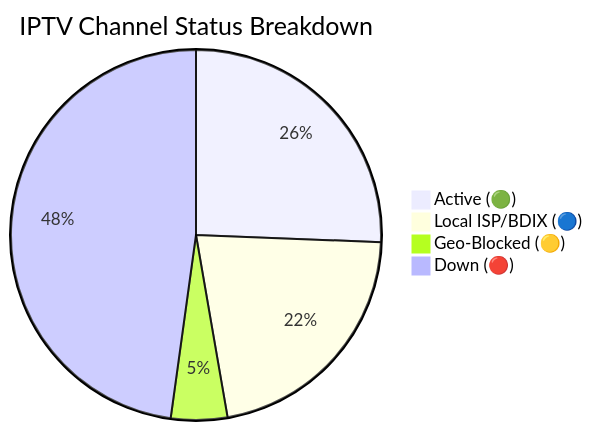
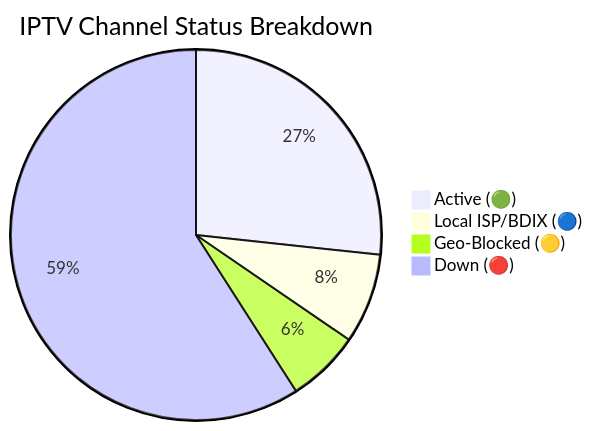
Before and after one commit to Zaman-Topu/Ip-tv-Collection: the diagram in README.md, drawn with Mermaid. The commit also changed other lines of this file and 6 other files, not shown here.

````diff
--- a/README.md
+++ b/README.md
@@ -118,7 +118,7 @@
 ```mermaid
 pie title IPTV Channel Status Breakdown
-    "Active (🟢)" : 10605
-    "Local ISP/BDIX (🔵)" : 8962
-    "Geo-Blocked (🟡)" : 2036
-    "Down (🔴)" : 19792
+    "Active (🟢)" : 9042
+    "Local ISP/BDIX (🔵)" : 2659
+    "Geo-Blocked (🟡)" : 2160
+    "Down (🔴)" : 20001
 ```
````
